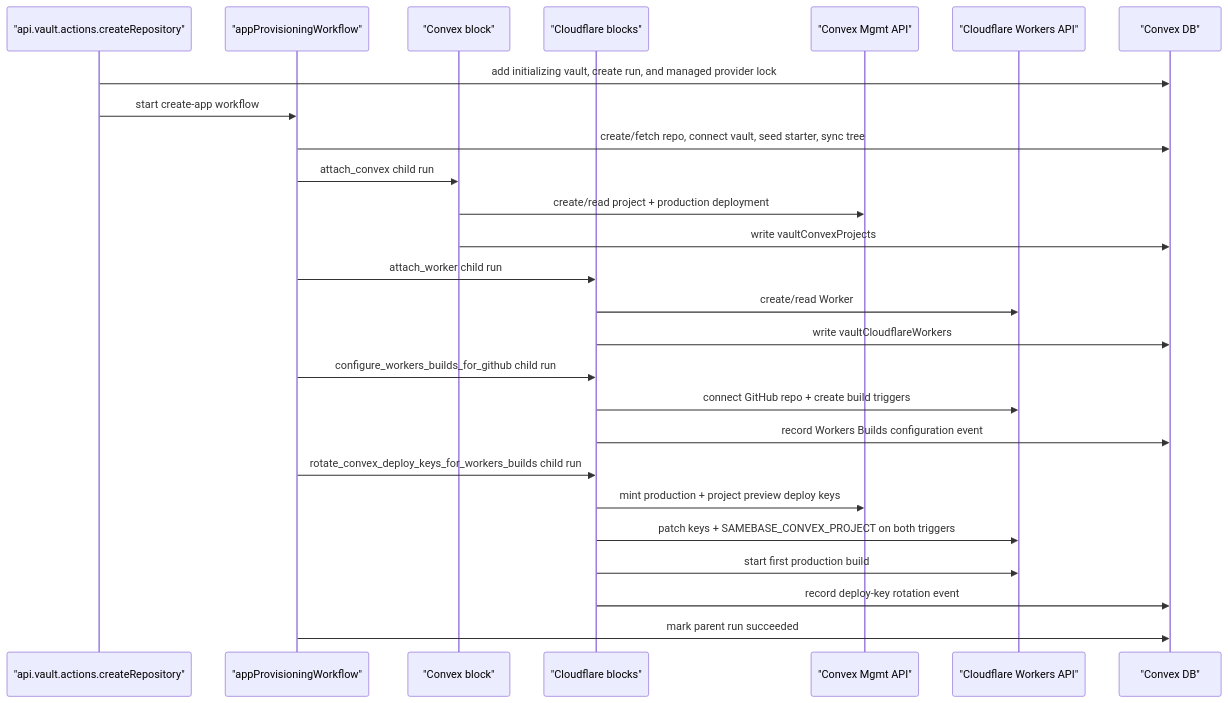
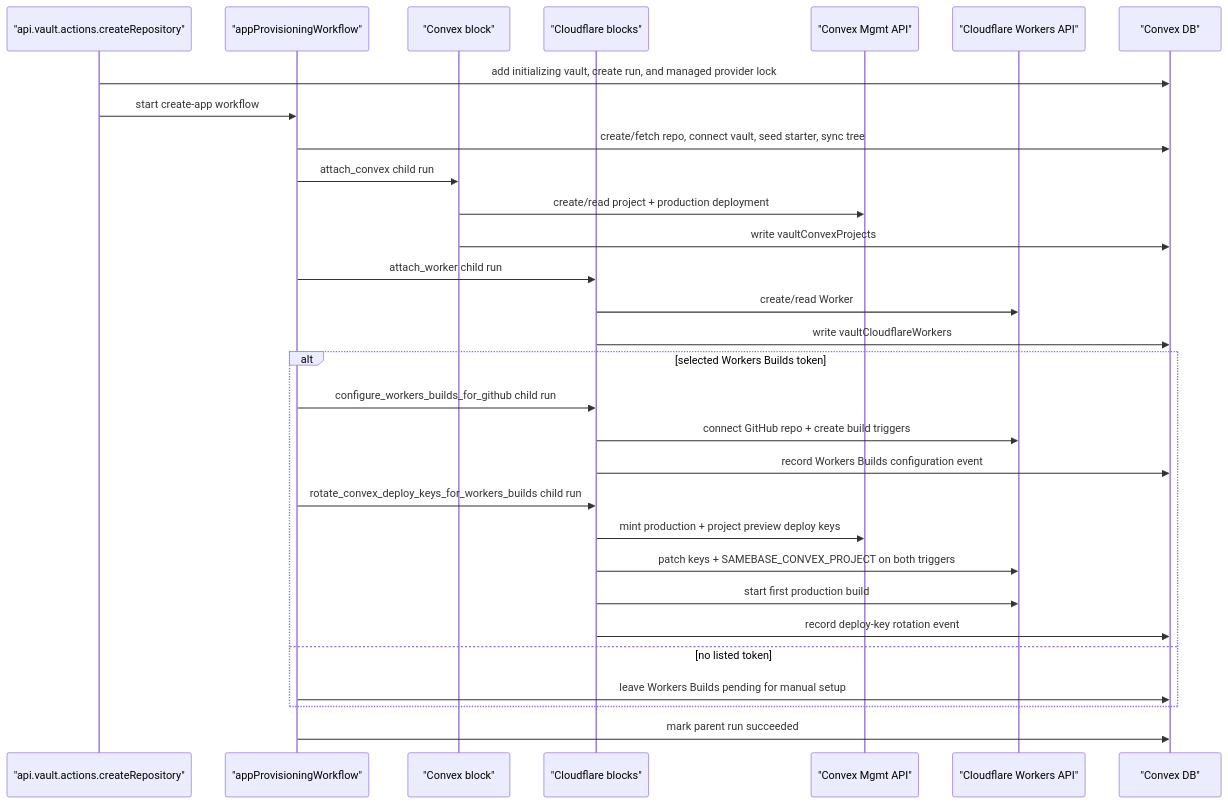
One commit to samebase/samebase changed the diagram in specs/003_VAULT_INFRA_PROVISIONING_SPEC.md. Above: the diagram before and after it, drawn with Mermaid. The commit also changed other lines of this file and 12 other files, not shown here.

Commit message:
Allow managed provisioning without a Builds token

````diff
--- a/specs/003_VAULT_INFRA_PROVISIONING_SPEC.md
+++ b/specs/003_VAULT_INFRA_PROVISIONING_SPEC.md
@@ -391,29 +408,33 @@
 ```mermaid
 sequenceDiagram
   participant VA as "api.vault.actions.createRepository"
   participant WF as "appProvisioningWorkflow"
   participant CVXB as "Convex block"
   participant CFB as "Cloudflare blocks"
   participant CVX as "Convex Mgmt API"
   participant CFL as "Cloudflare Workers API"
   participant DB as "Convex DB"
 
   VA->>DB: add initializing vault, create run, and managed provider lock
   VA->>WF: start create-app workflow
   WF->>DB: create/fetch repo, connect vault, seed starter, sync tree
   WF->>CVXB: attach_convex child run
   CVXB->>CVX: create/read project + production deployment
   CVXB->>DB: write vaultConvexProjects
   WF->>CFB: attach_worker child run
   CFB->>CFL: create/read Worker
   CFB->>DB: write vaultCloudflareWorkers
-  WF->>CFB: configure_workers_builds_for_github child run
-  CFB->>CFL: connect GitHub repo + create build triggers
-  CFB->>DB: record Workers Builds configuration event
-  WF->>CFB: rotate_convex_deploy_keys_for_workers_builds child run
-  CFB->>CVX: mint production + project preview deploy keys
-  CFB->>CFL: patch keys + SAMEBASE_CONVEX_PROJECT on both triggers
-  CFB->>CFL: start first production build
-  CFB->>DB: record deploy-key rotation event
+  alt selected Workers Builds token
+    WF->>CFB: configure_workers_builds_for_github child run
+    CFB->>CFL: connect GitHub repo + create build triggers
+    CFB->>DB: record Workers Builds configuration event
+    WF->>CFB: rotate_convex_deploy_keys_for_workers_builds child run
+    CFB->>CVX: mint production + project preview deploy keys
+    CFB->>CFL: patch keys + SAMEBASE_CONVEX_PROJECT on both triggers
+    CFB->>CFL: start first production build
+    CFB->>DB: record deploy-key rotation event
+  else no listed token
+    WF->>DB: leave Workers Builds pending for manual setup
+  end
   WF->>DB: mark parent run succeeded
 ```
````
